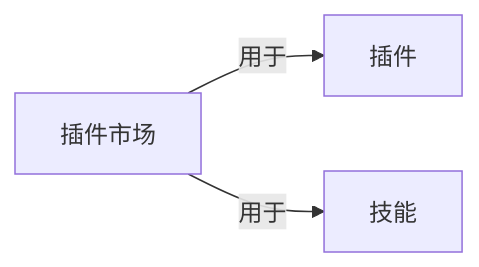
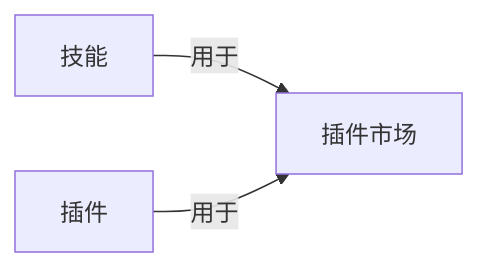
One commit to yibie/claude-best-practices-zh changed the diagram in wiki/插件市场.md. Above: the diagram before and after it, drawn with Mermaid. The commit also changed other lines of this file and 407 other files, not shown here.

Commit message:
feat: DeepSeek 三遍审校（译文/关系/图谱）+ 可部署静态站点

````diff
--- a/wiki/插件市场.md
+++ b/wiki/插件市场.md
@@ -42,6 +43,6 @@
 ```mermaid
 graph LR
   C["插件市场"]
-  C -->|用于| N0["插件"]
-  C -->|用于| N1["技能"]
+  N0["技能"] -->|用于| C
+  N1["插件"] -->|用于| C
 ```
````
